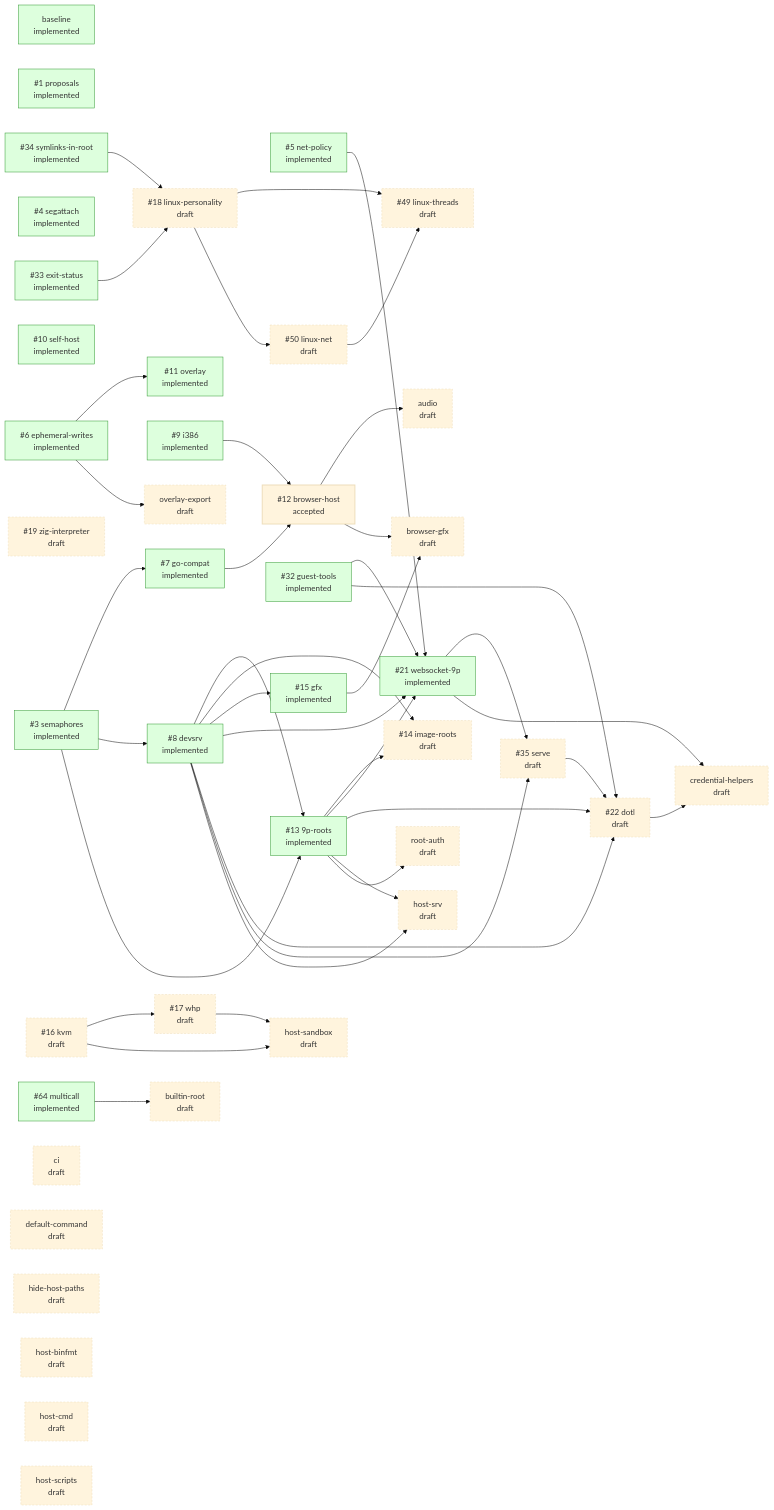
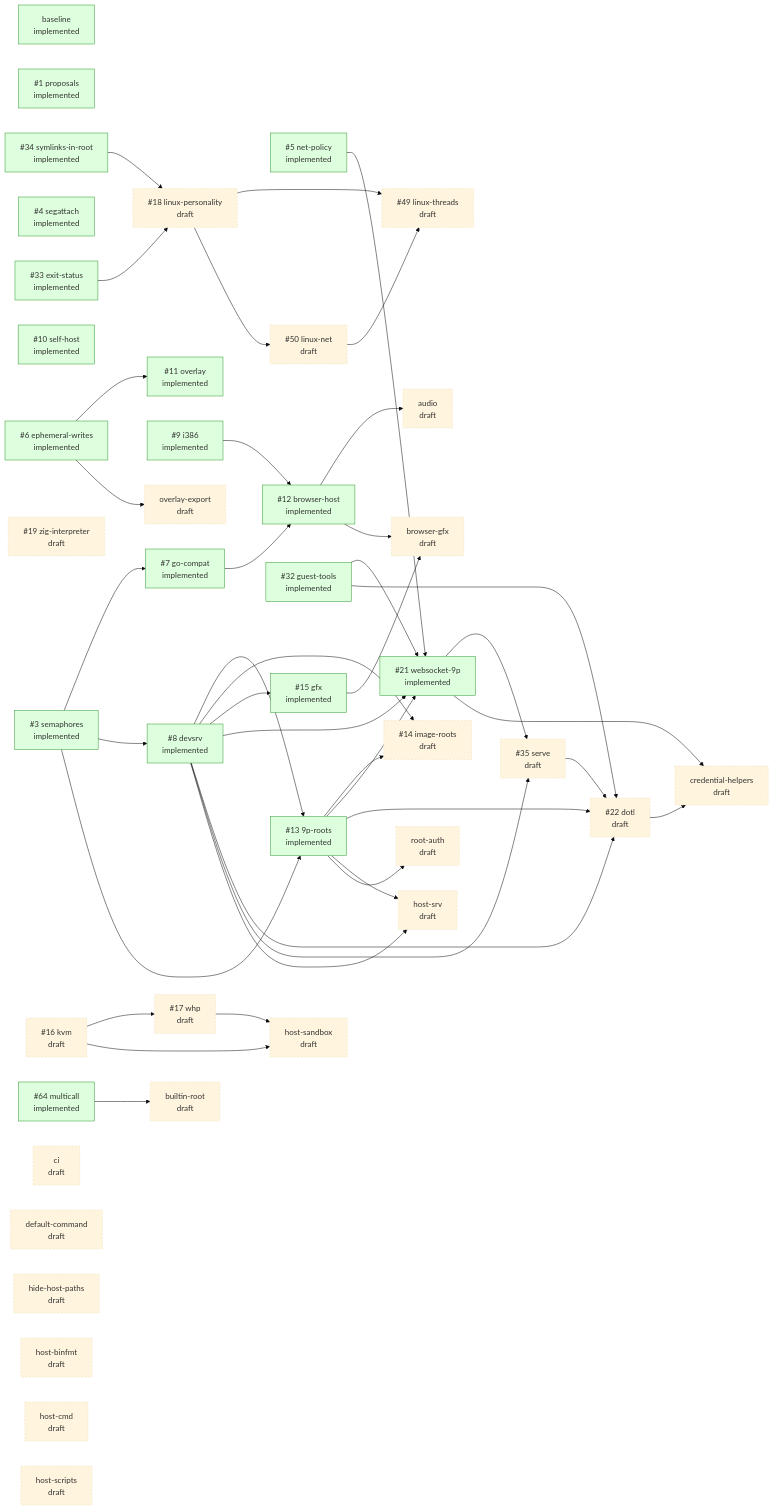
The diagram in design/STATUS.md (progrium/hyper9), drawn with Mermaid (base theme) before and after one commit. The commit also changed other lines of this file, not shown here.

```diff
--- a/design/STATUS.md
+++ b/design/STATUS.md
@@ -66,7 +66,7 @@
   p_i386["#35;9 i386<br/>implemented"]:::implemented
   p_self_host["#35;10 self-host<br/>implemented"]:::implemented
   p_overlay["#35;11 overlay<br/>implemented"]:::implemented
-  p_browser_host["#35;12 browser-host<br/>accepted"]:::accepted
+  p_browser_host["#35;12 browser-host<br/>implemented"]:::implemented
   p_9p_roots["#35;13 9p-roots<br/>implemented"]:::implemented
   p_image_roots["#35;14 image-roots<br/>draft"]:::draft
   p_gfx["#35;15 gfx<br/>implemented"]:::implemented
```
